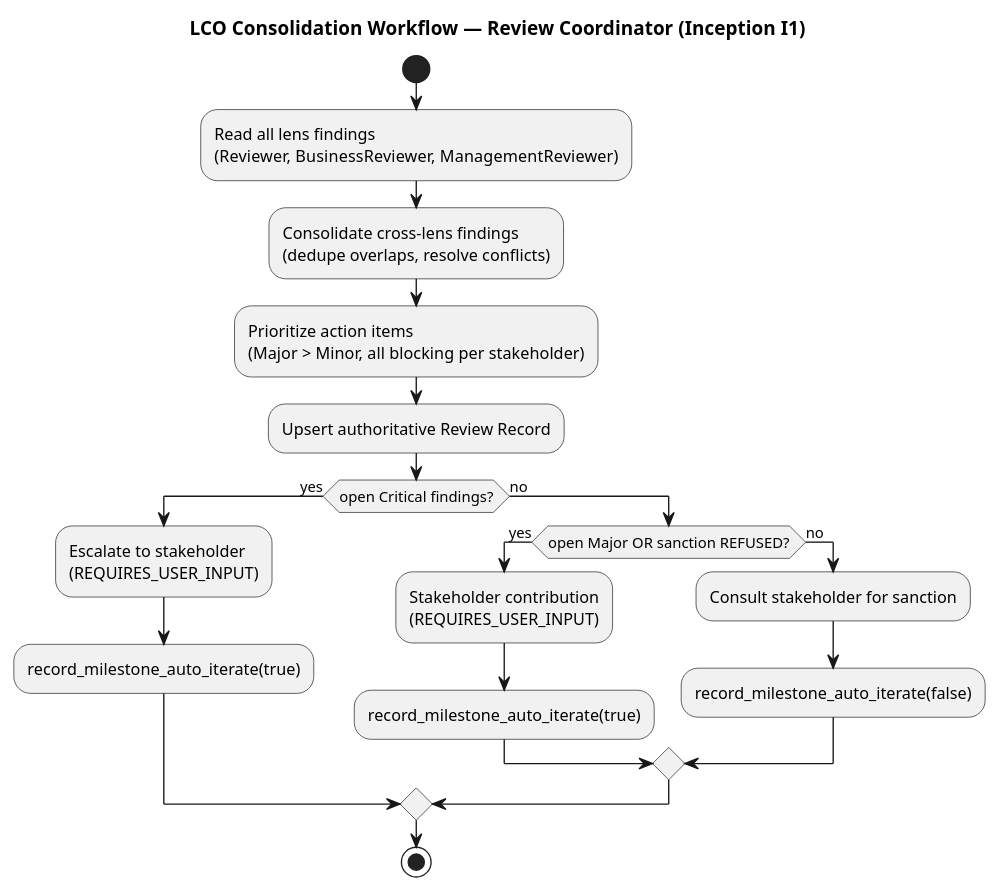
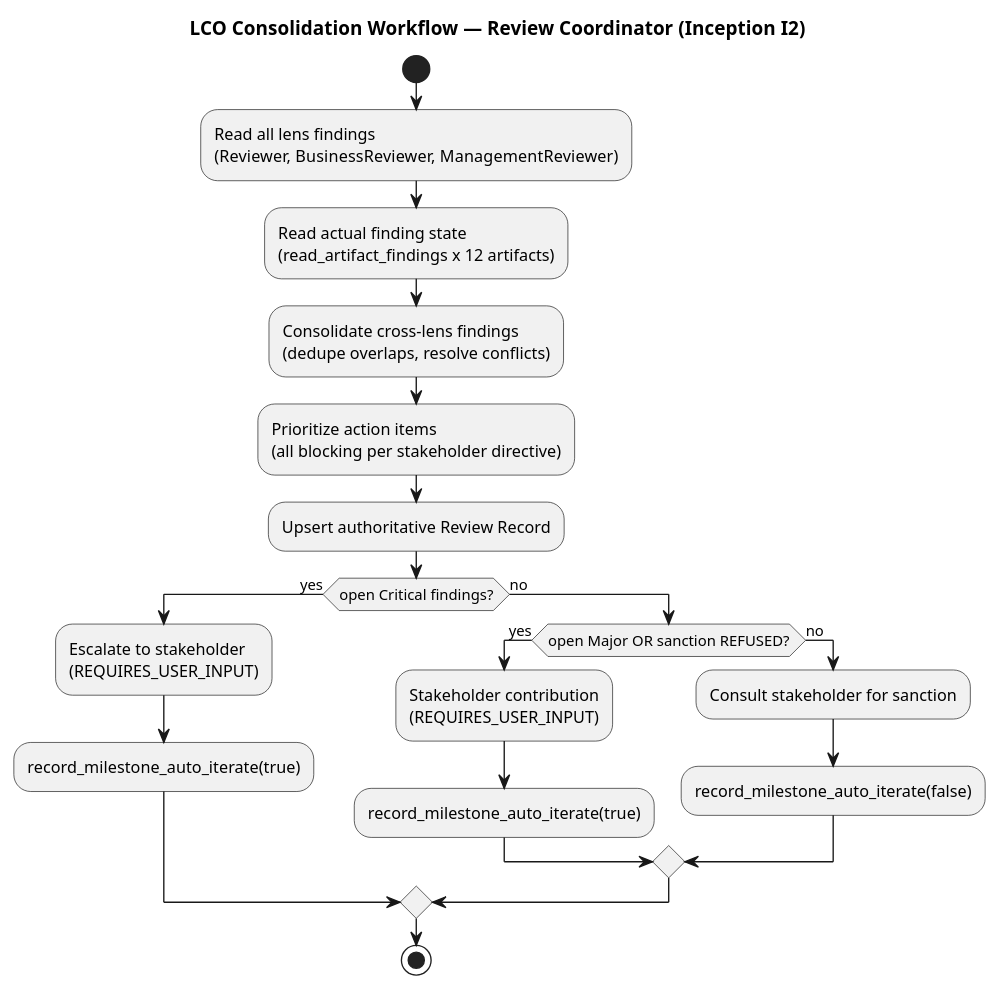
The second of 3 diagrams in docs/artifacts/project-management/review-record.md (banense-test/trademe), drawn with PlantUML before and after one commit. The commit also changed other lines of this file, not shown here.

First line of the commit message:
Review Coordinator [I2]: upsert Review Record

````diff
--- a/docs/artifacts/project-management/review-record.md
+++ b/docs/artifacts/project-management/review-record.md
@@ -61,24 +67,25 @@
 ```plantuml
 @startuml
-title LCO Consolidation Workflow — Review Coordinator (Inception I1)
+title LCO Consolidation Workflow — Review Coordinator (Inception I2)
 
 start
 :Read all lens findings\n(Reviewer, BusinessReviewer, ManagementReviewer);
+:Read actual finding state\n(read_artifact_findings x 12 artifacts);
 :Consolidate cross-lens findings\n(dedupe overlaps, resolve conflicts);
-:Prioritize action items\n(Major > Minor, all blocking per stakeholder);
+:Prioritize action items\n(all blocking per stakeholder directive);
 :Upsert authoritative Review Record;
 if (open Critical findings?) then (yes)
   :Escalate to stakeholder\n(REQUIRES_USER_INPUT);
   :record_milestone_auto_iterate(true);
 else (no)
   if (open Major OR sanction REFUSED?) then (yes)
     :Stakeholder contribution\n(REQUIRES_USER_INPUT);
     :record_milestone_auto_iterate(true);
   else (no)
     :Consult stakeholder for sanction;
     :record_milestone_auto_iterate(false);
   endif
 endif
 stop
 @enduml
 ```
````
